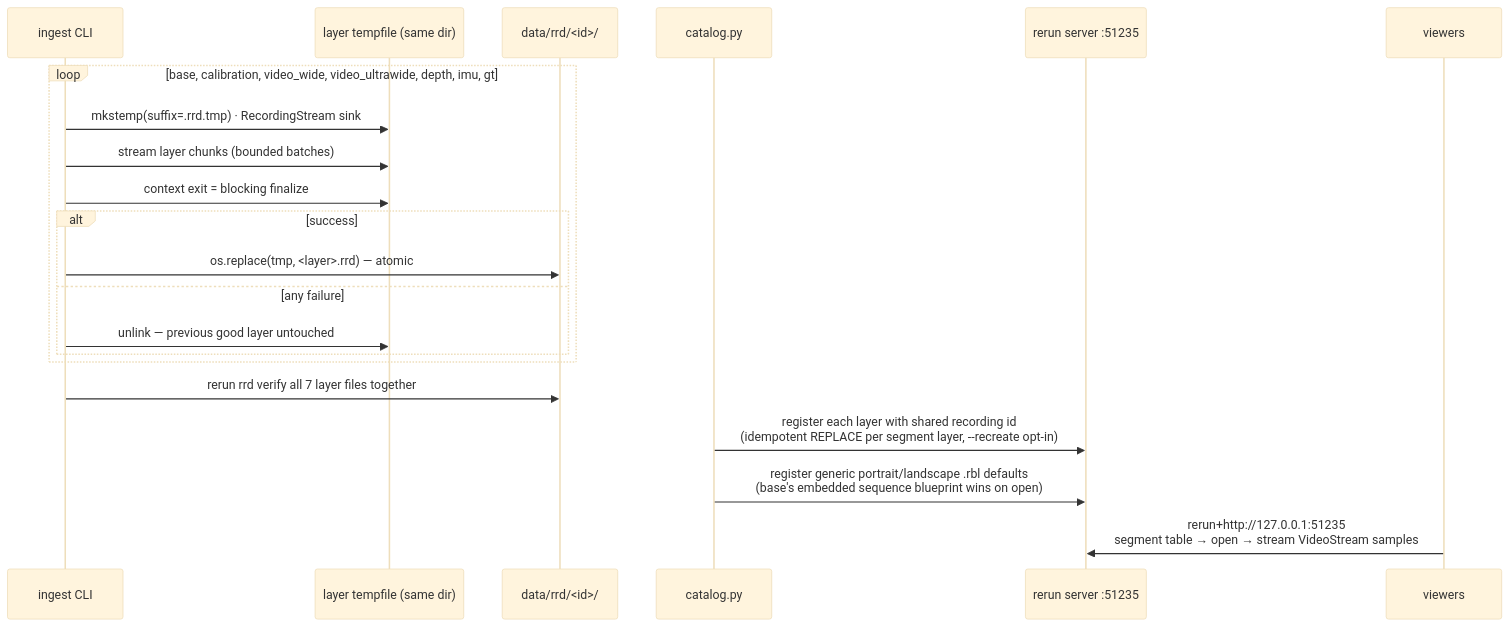
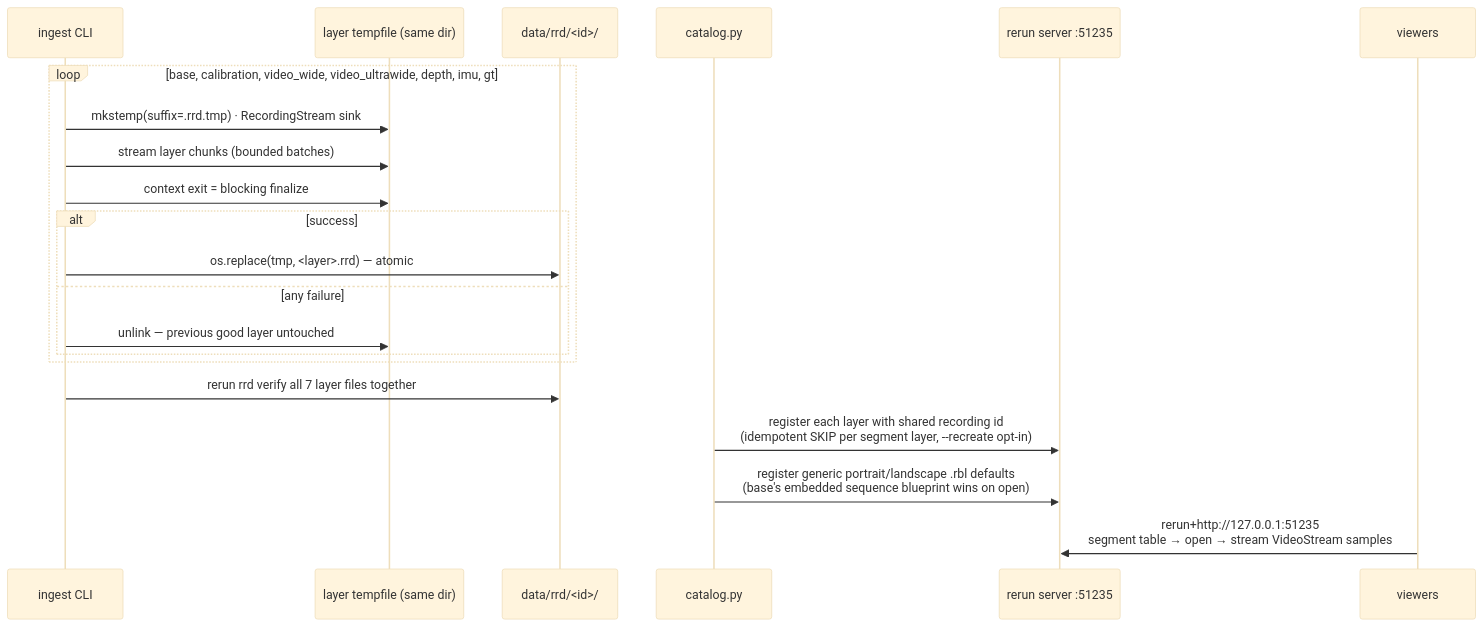
The fifth of 5 diagrams in packages/arkitscenes-download/docs/architecture.md (rerun-io/examples-monorepo), drawn with Mermaid (base theme) before and after one commit. The commit also changed other lines of this file and 21 other files, not shown here.

First line of the commit message:
ARKitScenes full-corpus pipeline: Modal conversion, gt schema-width fix, hardened catalog registration (#80)

````diff
--- a/packages/arkitscenes-download/docs/architecture.md
+++ b/packages/arkitscenes-download/docs/architecture.md
@@ -199,24 +201,24 @@
 ```mermaid
 sequenceDiagram
     participant CLI as ingest CLI
     participant TMP as layer tempfile (same dir)
     participant FS as data/rrd/<id>/
     participant CAT as catalog.py
     participant SRV as rerun server :51235
     participant V as viewers
 
     loop base, calibration, video_wide, video_ultrawide, depth, imu, gt
         CLI->>TMP: mkstemp(suffix=.rrd.tmp) · RecordingStream sink
         CLI->>TMP: stream layer chunks (bounded batches)
         CLI->>TMP: context exit = blocking finalize
         alt success
             CLI->>FS: os.replace(tmp, <layer>.rrd) — atomic
         else any failure
             CLI->>TMP: unlink — previous good layer untouched
         end
     end
     CLI->>FS: rerun rrd verify all 7 layer files together
-    CAT->>SRV: register each layer with shared recording id<br>(idempotent REPLACE per segment layer, --recreate opt-in)
+    CAT->>SRV: register each layer with shared recording id<br>(idempotent SKIP per segment layer, --recreate opt-in)
     CAT->>SRV: register generic portrait/landscape .rbl defaults<br>(base's embedded sequence blueprint wins on open)
     V->>SRV: rerun+http://127.0.0.1:51235<br>segment table → open → stream VideoStream samples
 ```
````
